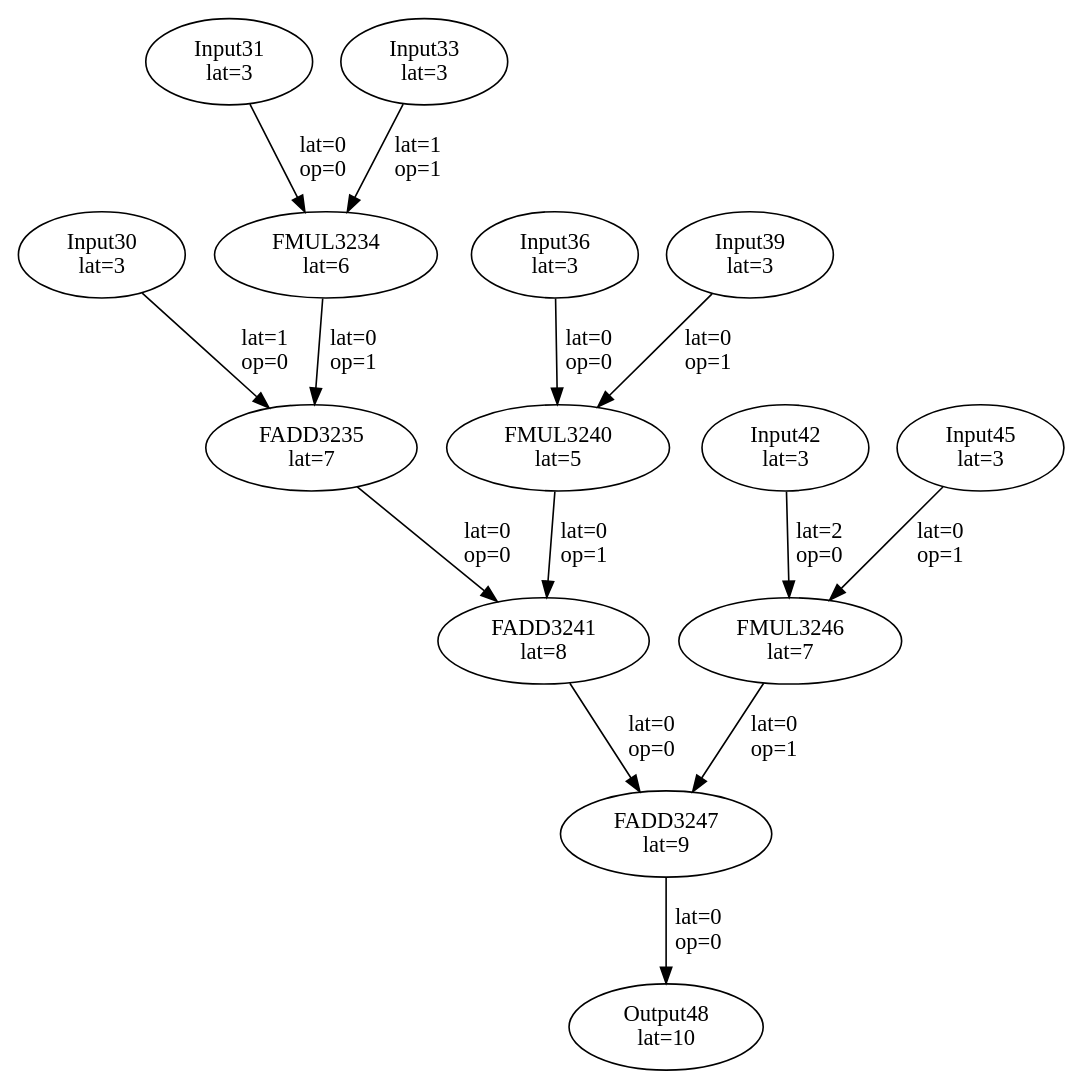
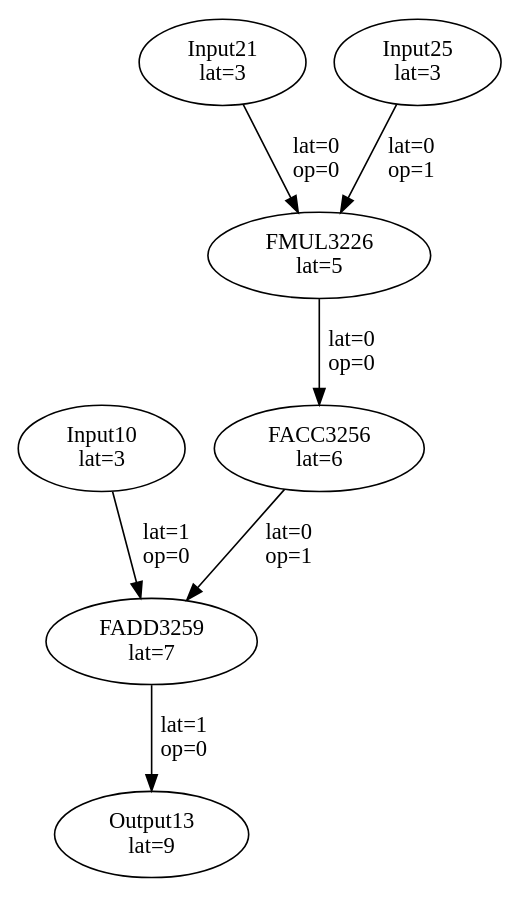
Before and after one commit to MIONkb/cgrv-opt: the diagram in experiments/FloatKernel/tempfiles/mapped_dfg.dot, drawn with Graphviz. The commit also changed 265 other files, not shown here.

```diff
--- a/experiments/FloatKernel/tempfiles/mapped_dfg.dot
+++ b/experiments/FloatKernel/tempfiles/mapped_dfg.dot
@@ -1,29 +1,15 @@
 Digraph G {
-"Input30"[label = "\N\nlat=3"];
-"Input31"[label = "\N\nlat=3"];
-"Input33"[label = "\N\nlat=3"];
-"FMUL3234"[label = "\N\nlat=6"];
-"Input31"->"FMUL3234"[label = "lat=0\nop=0"];
-"Input33"->"FMUL3234"[label = "lat=1\nop=1"];
-"FADD3235"[label = "\N\nlat=7"];
-"Input30"->"FADD3235"[label = "lat=1\nop=0"];
-"FMUL3234"->"FADD3235"[label = "lat=0\nop=1"];
-"Input36"[label = "\N\nlat=3"];
-"Input39"[label = "\N\nlat=3"];
-"FMUL3240"[label = "\N\nlat=5"];
-"Input36"->"FMUL3240"[label = "lat=0\nop=0"];
-"Input39"->"FMUL3240"[label = "lat=0\nop=1"];
-"FADD3241"[label = "\N\nlat=8"];
-"FADD3235"->"FADD3241"[label = "lat=0\nop=0"];
-"FMUL3240"->"FADD3241"[label = "lat=0\nop=1"];
-"Input42"[label = "\N\nlat=3"];
-"Input45"[label = "\N\nlat=3"];
-"FMUL3246"[label = "\N\nlat=7"];
-"Input42"->"FMUL3246"[label = "lat=2\nop=0"];
-"Input45"->"FMUL3246"[label = "lat=0\nop=1"];
-"FADD3247"[label = "\N\nlat=9"];
-"FADD3241"->"FADD3247"[label = "lat=0\nop=0"];
-"FMUL3246"->"FADD3247"[label = "lat=0\nop=1"];
-"Output48"[label = "\N\nlat=10"];
-"FADD3247"->"Output48"[label = "lat=0\nop=0"];
+"Input10"[label = "\N\nlat=3"];
+"Output13"[label = "\N\nlat=9"];
+"FADD3259"->"Output13"[label = "lat=1\nop=0"];
+"Input21"[label = "\N\nlat=3"];
+"Input25"[label = "\N\nlat=3"];
+"FMUL3226"[label = "\N\nlat=5"];
+"Input21"->"FMUL3226"[label = "lat=0\nop=0"];
+"Input25"->"FMUL3226"[label = "lat=0\nop=1"];
+"FACC3256"[label = "\N\nlat=6"];
+"FMUL3226"->"FACC3256"[label = "lat=0\nop=0"];
+"FADD3259"[label = "\N\nlat=7"];
+"Input10"->"FADD3259"[label = "lat=1\nop=0"];
+"FACC3256"->"FADD3259"[label = "lat=0\nop=1"];
 }
```
